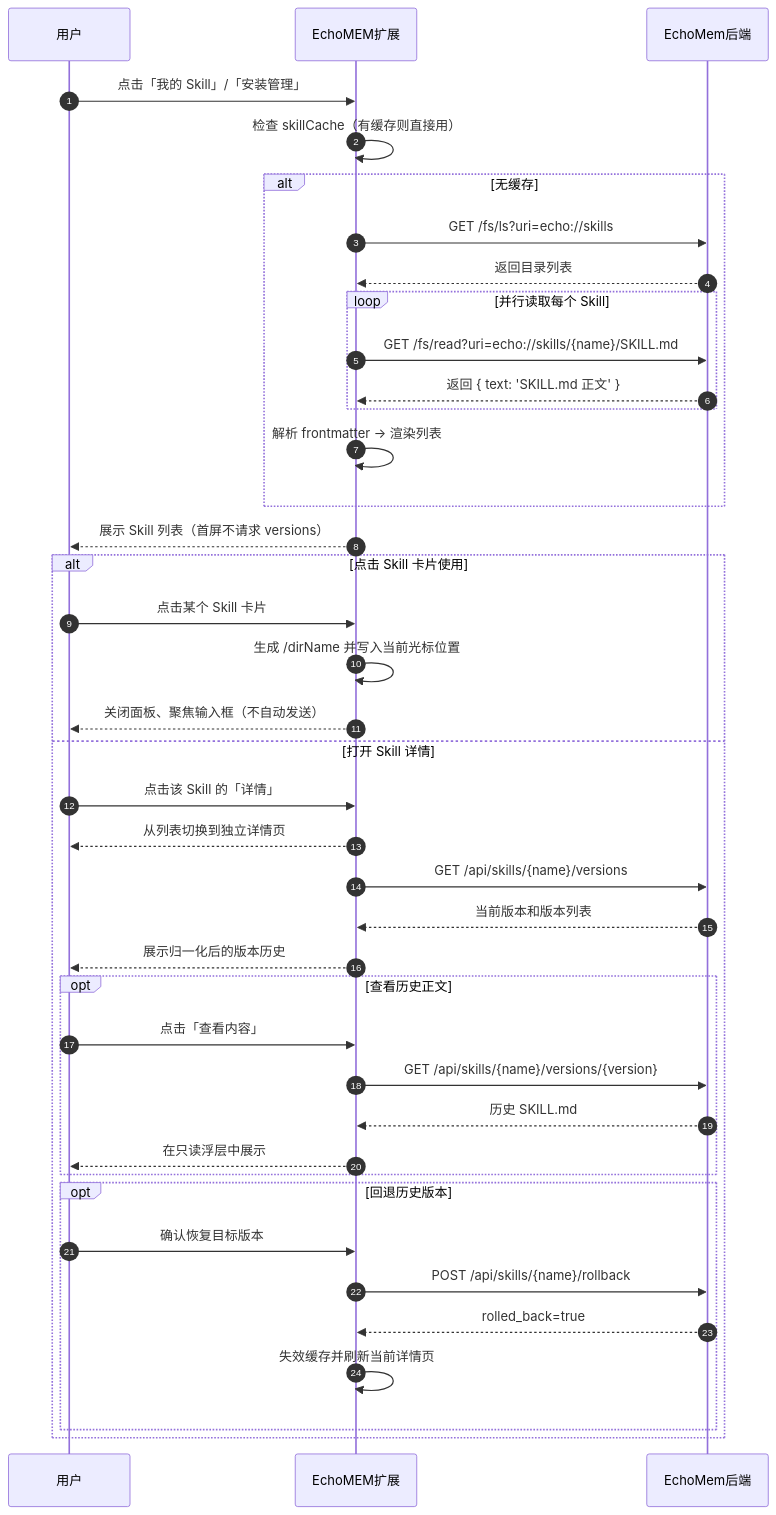
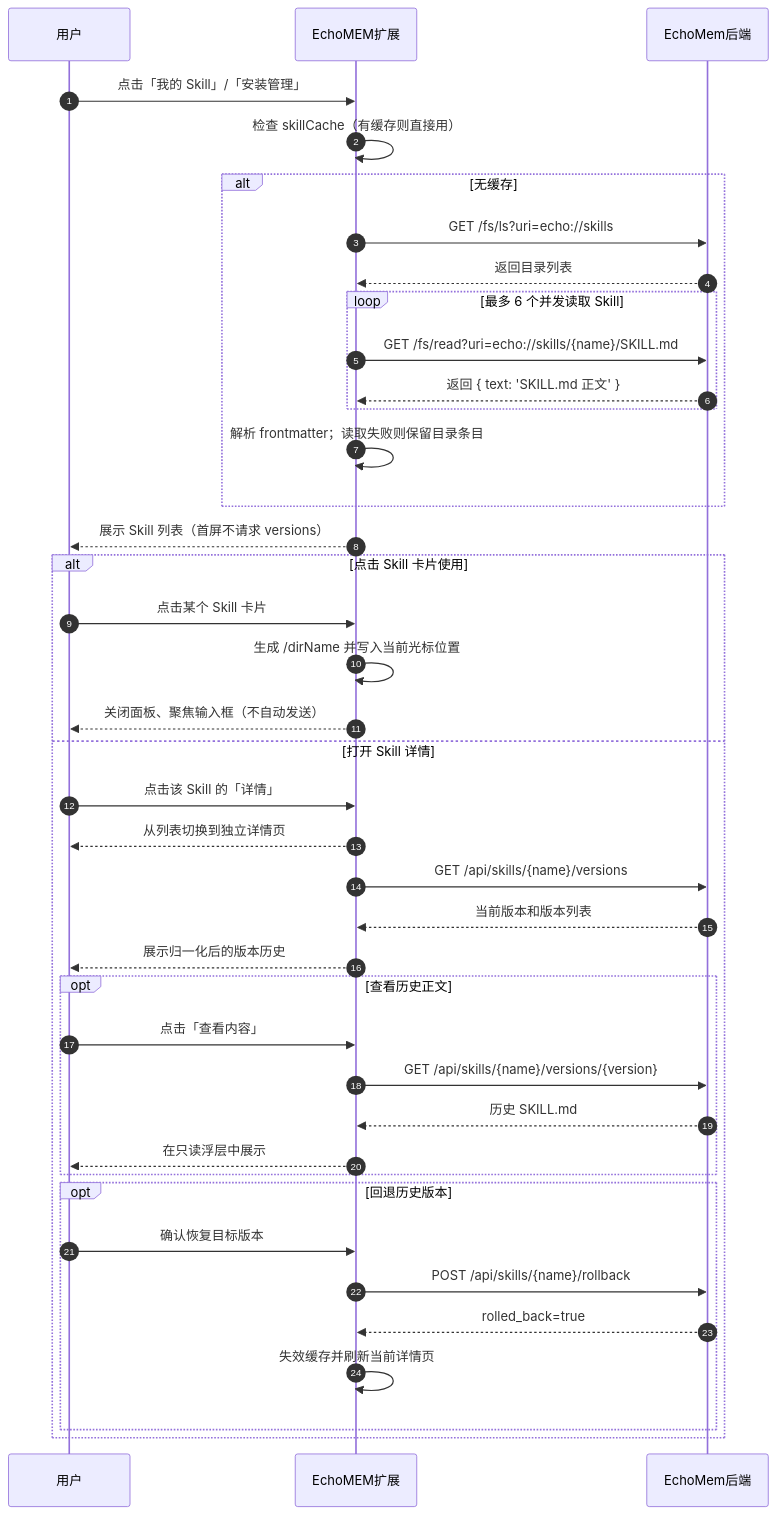
The diagram in docs/flows/skill-store/列表读取流程.md (WawaGuess/EchoMEM-WEB-EXTENSION), drawn with Mermaid before and after one commit. The commit also changed other lines of this file and 5 other files, not shown here.

````diff
--- a/docs/flows/skill-store/列表读取流程.md
+++ b/docs/flows/skill-store/列表读取流程.md
@@ -22,43 +22,43 @@
 ```mermaid
 sequenceDiagram
     autonumber
     participant U as 用户
     participant E as EchoMEM扩展
     participant EM as EchoMem后端
 
     U->>E: 点击「我的 Skill」/「安装管理」
     E->>E: 检查 skillCache（有缓存则直接用）
     alt 无缓存
         E->>EM: GET /fs/ls?uri=echo://skills
         EM-->>E: 返回目录列表
-        loop 并行读取每个 Skill
+        loop 最多 6 个并发读取 Skill
             E->>EM: GET /fs/read?uri=echo://skills/{name}/SKILL.md
             EM-->>E: 返回 { text: 'SKILL.md 正文' }
         end
-        E->>E: 解析 frontmatter → 渲染列表
+        E->>E: 解析 frontmatter；读取失败则保留目录条目
     end
     E-->>U: 展示 Skill 列表（首屏不请求 versions）
     alt 点击 Skill 卡片使用
         U->>E: 点击某个 Skill 卡片
         E->>E: 生成 /dirName 并写入当前光标位置
         E-->>U: 关闭面板、聚焦输入框（不自动发送）
     else 打开 Skill 详情
         U->>E: 点击该 Skill 的「详情」
         E-->>U: 从列表切换到独立详情页
         E->>EM: GET /api/skills/{name}/versions
         EM-->>E: 当前版本和版本列表
         E-->>U: 展示归一化后的版本历史
         opt 查看历史正文
             U->>E: 点击「查看内容」
             E->>EM: GET /api/skills/{name}/versions/{version}
             EM-->>E: 历史 SKILL.md
             E-->>U: 在只读浮层中展示
         end
         opt 回退历史版本
             U->>E: 确认恢复目标版本
             E->>EM: POST /api/skills/{name}/rollback
             EM-->>E: rolled_back=true
             E->>E: 失效缓存并刷新当前详情页
         end
     end
 ```
````
